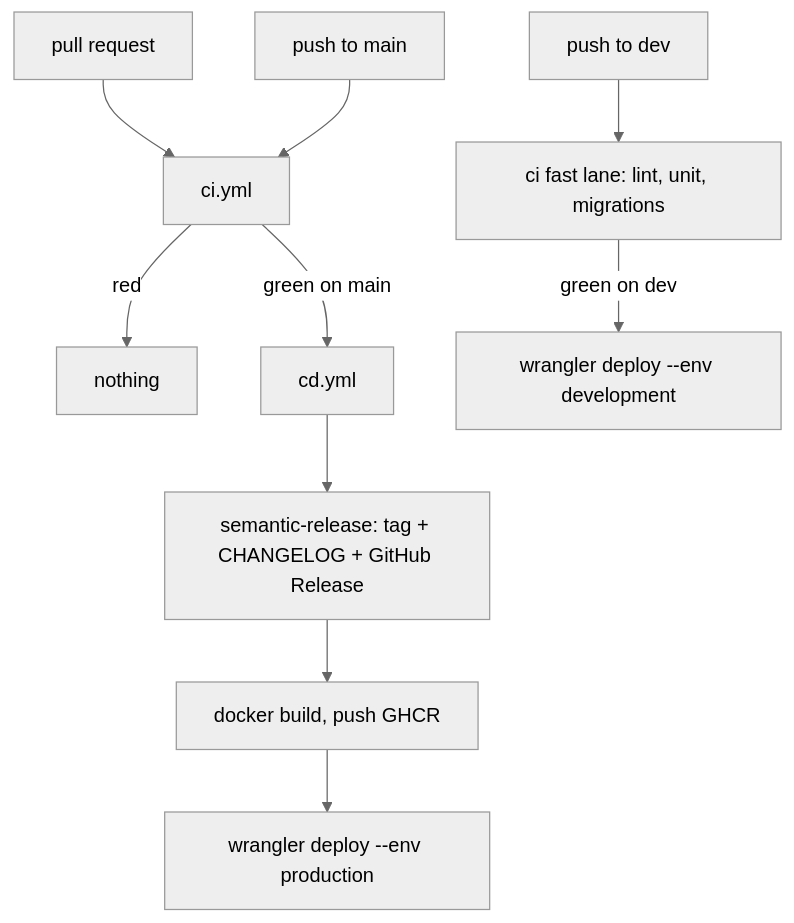
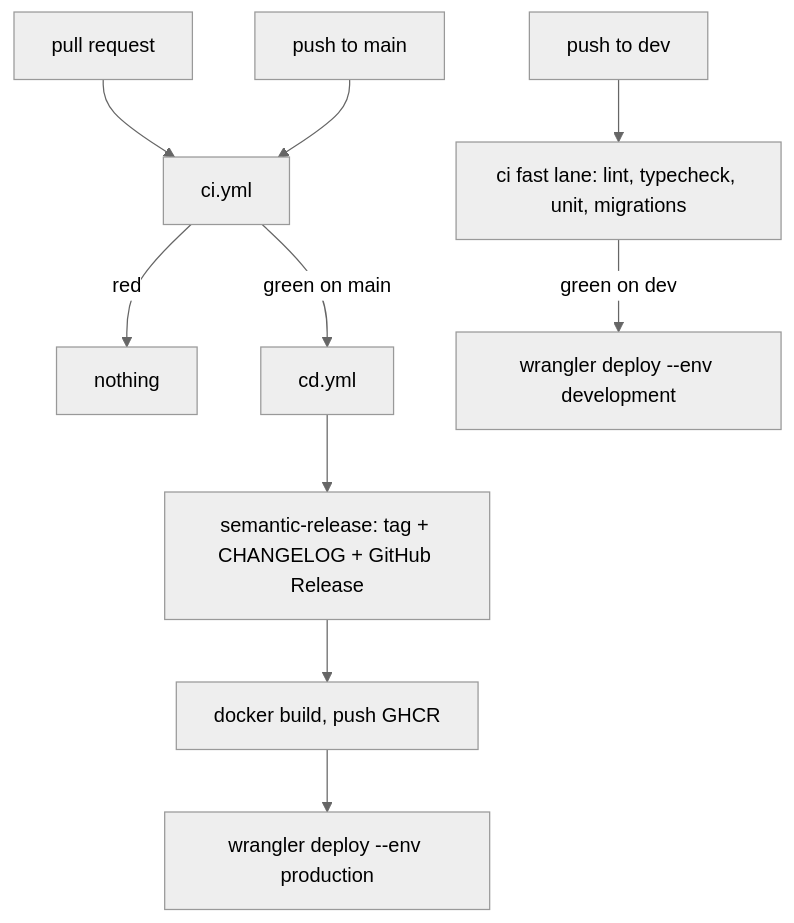
Before and after one commit to kwami-labs/kwami-lk-api: the diagram in docs/deployment.md, drawn with Mermaid (neutral theme). The commit also changed other lines of this file and 3 other files, not shown here.

````diff
--- a/docs/deployment.md
+++ b/docs/deployment.md
@@ -8,14 +8,14 @@
 ```mermaid
 flowchart TD
   PR["pull request"] --> CI["ci.yml"]
-  DEV["push to dev"] --> FAST["ci fast lane: lint, unit, migrations"]
+  DEV["push to dev"] --> FAST["ci fast lane: lint, typecheck, unit, migrations"]
   MAIN["push to main"] --> CI
 
   CI -->|red| STOP[nothing]
   CI -->|green on main| CD["cd.yml"]
   FAST -->|green on dev| DEVDEP["wrangler deploy --env development"]
 
   CD --> REL["semantic-release: tag + CHANGELOG + GitHub Release"]
   REL --> PUB["docker build, push GHCR"]
   PUB --> CF["wrangler deploy --env production"]
 ```
````
